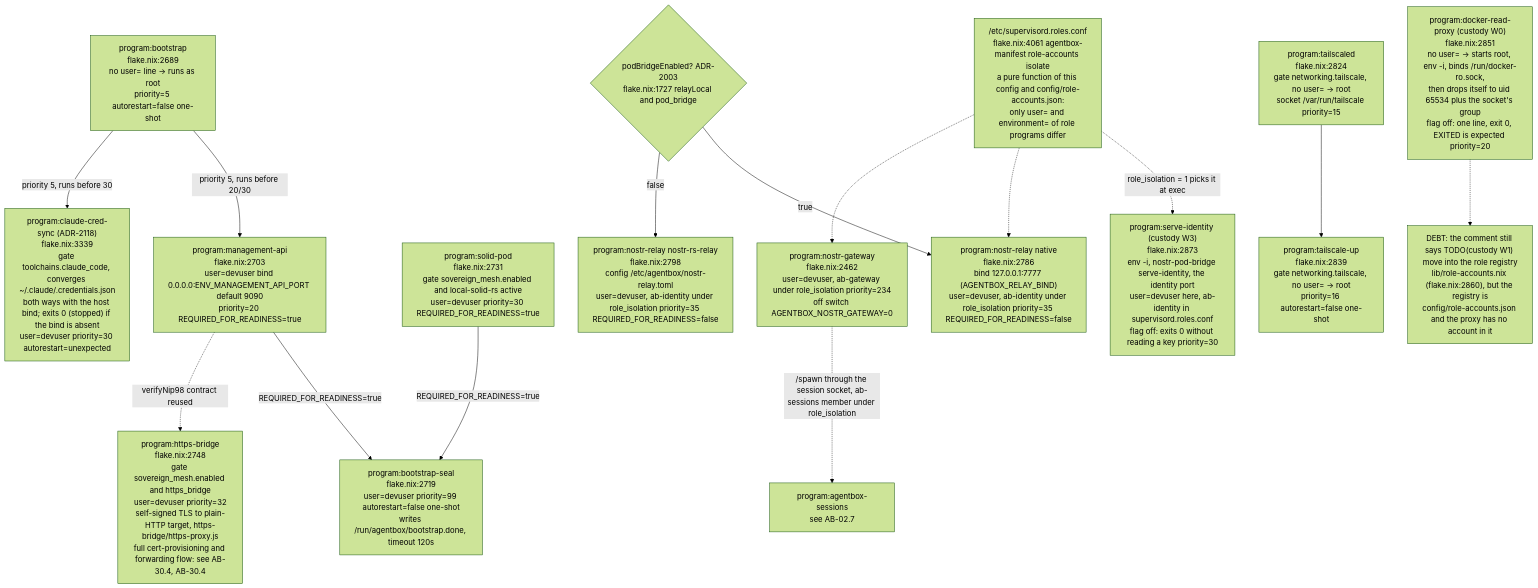
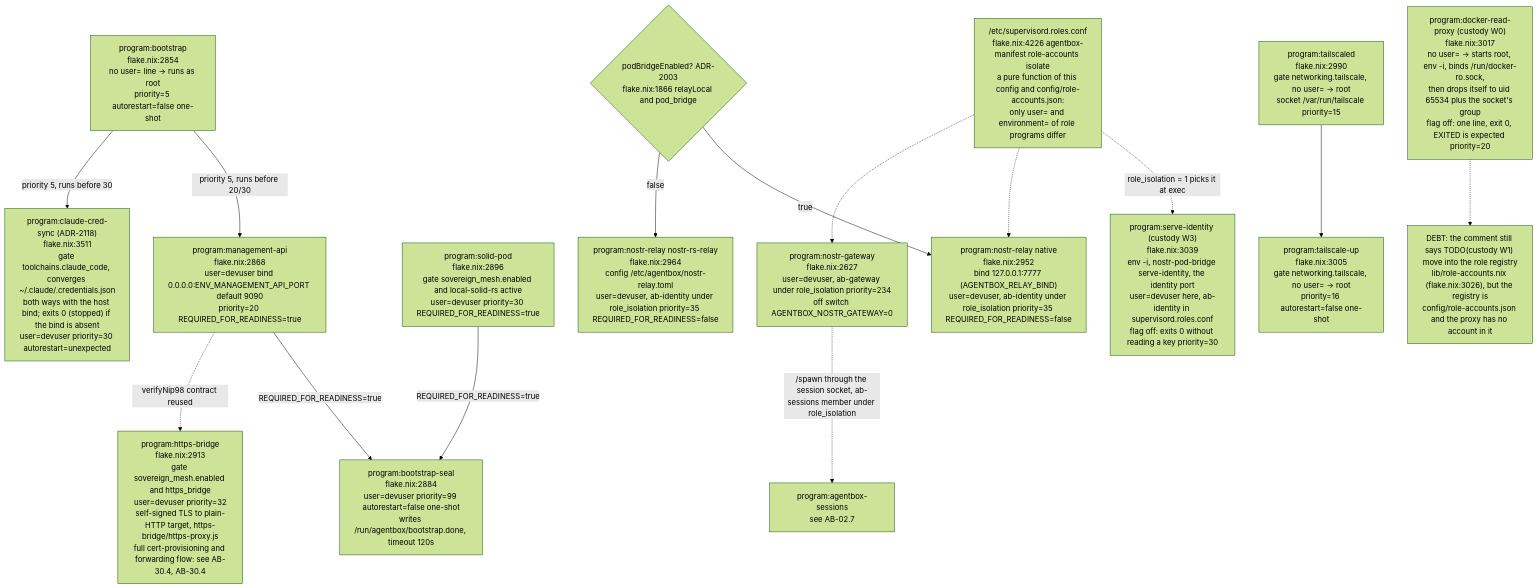
One commit to DreamLab-AI/VisionFlow changed the fourth of 21 diagrams in docs/diagrams/agentbox/02-boot-sequence-and-readiness.md. Above: the diagram before and after it, drawn with Mermaid (forest theme). The commit also changed other lines of this file and 6 other files, not shown here.

First line of the commit message:
docs: align native session and ingress diagrams (#39)

````diff
--- a/docs/diagrams/agentbox/02-boot-sequence-and-readiness.md
+++ b/docs/diagrams/agentbox/02-boot-sequence-and-readiness.md
@@ -274,32 +277,32 @@
 ```mermaid
 flowchart TB
-    BOOT["program:bootstrap<br/>flake.nix:2689<br/>no user= line -&gt; runs as root<br/>priority=5 autorestart=false one-shot"]
-    MGMT["program:management-api<br/>flake.nix:2703<br/>user=devuser bind 0.0.0.0:ENV_MANAGEMENT_API_PORT default 9090<br/>priority=20 REQUIRED_FOR_READINESS=true"]
-    CRED["program:claude-cred-sync (ADR-2118)<br/>flake.nix:3339<br/>gate toolchains.claude_code, converges ~/.claude/.credentials.json<br/>both ways with the host bind; exits 0 (stopped) if the bind is absent<br/>user=devuser priority=30 autorestart=unexpected"]
-    SEAL["program:bootstrap-seal<br/>flake.nix:2719<br/>user=devuser priority=99 autorestart=false one-shot<br/>writes /run/agentbox/bootstrap.done, timeout 120s"]
-    SOLID["program:solid-pod<br/>flake.nix:2731<br/>gate sovereign_mesh.enabled and local-solid-rs active<br/>user=devuser priority=30 REQUIRED_FOR_READINESS=true"]
-    HTTPSB["program:https-bridge<br/>flake.nix:2748<br/>gate sovereign_mesh.enabled and https_bridge<br/>user=devuser priority=32<br/>self-signed TLS to plain-HTTP target, https-bridge/https-proxy.js<br/>full cert-provisioning and forwarding flow: see AB-30.4, AB-30.4"]
-    GATERELAY{"podBridgeEnabled? ADR-2003<br/>flake.nix:1727 relayLocal and pod_bridge"}
-    NRELAY1["program:nostr-relay native<br/>flake.nix:2786<br/>bind 127.0.0.1:7777 (AGENTBOX_RELAY_BIND)<br/>user=devuser, ab-identity under role_isolation priority=35 REQUIRED_FOR_READINESS=false"]
-    NRELAY2["program:nostr-relay nostr-rs-relay<br/>flake.nix:2798<br/>config /etc/agentbox/nostr-relay.toml<br/>user=devuser, ab-identity under role_isolation priority=35 REQUIRED_FOR_READINESS=false"]
-    NGW["program:nostr-gateway<br/>flake.nix:2462<br/>user=devuser, ab-gateway under role_isolation priority=234<br/>off switch AGENTBOX_NOSTR_GATEWAY=0"]
-    DRP["program:docker-read-proxy (custody W0)<br/>flake.nix:2851<br/>no user= -&gt; starts root, env -i, binds /run/docker-ro.sock,<br/>then drops itself to uid 65534 plus the socket's group<br/>flag off: one line, exit 0, EXITED is expected priority=20"]
-    SID["program:serve-identity (custody W3)<br/>flake.nix:2873<br/>env -i, nostr-pod-bridge serve-identity, the identity port<br/>user=devuser here, ab-identity in supervisord.roles.conf<br/>flag off: exits 0 without reading a key priority=30"]
-    ISO["/etc/supervisord.roles.conf<br/>flake.nix:4061 agentbox-manifest role-accounts isolate<br/>a pure function of this config and config/role-accounts.json:<br/>only user= and environment= of role programs differ"]
-    TSD["program:tailscaled<br/>flake.nix:2824<br/>gate networking.tailscale, no user= -&gt; root<br/>socket /var/run/tailscale priority=15"]
-    TSU["program:tailscale-up<br/>flake.nix:2839<br/>gate networking.tailscale, no user= -&gt; root<br/>priority=16 autorestart=false one-shot"]
+    BOOT["program:bootstrap<br/>flake.nix:2854<br/>no user= line -&gt; runs as root<br/>priority=5 autorestart=false one-shot"]
+    MGMT["program:management-api<br/>flake.nix:2868<br/>user=devuser bind 0.0.0.0:ENV_MANAGEMENT_API_PORT default 9090<br/>priority=20 REQUIRED_FOR_READINESS=true"]
+    CRED["program:claude-cred-sync (ADR-2118)<br/>flake.nix:3511<br/>gate toolchains.claude_code, converges ~/.claude/.credentials.json<br/>both ways with the host bind; exits 0 (stopped) if the bind is absent<br/>user=devuser priority=30 autorestart=unexpected"]
+    SEAL["program:bootstrap-seal<br/>flake.nix:2884<br/>user=devuser priority=99 autorestart=false one-shot<br/>writes /run/agentbox/bootstrap.done, timeout 120s"]
+    SOLID["program:solid-pod<br/>flake.nix:2896<br/>gate sovereign_mesh.enabled and local-solid-rs active<br/>user=devuser priority=30 REQUIRED_FOR_READINESS=true"]
+    HTTPSB["program:https-bridge<br/>flake.nix:2913<br/>gate sovereign_mesh.enabled and https_bridge<br/>user=devuser priority=32<br/>self-signed TLS to plain-HTTP target, https-bridge/https-proxy.js<br/>full cert-provisioning and forwarding flow: see AB-30.4, AB-30.4"]
+    GATERELAY{"podBridgeEnabled? ADR-2003<br/>flake.nix:1866 relayLocal and pod_bridge"}
+    NRELAY1["program:nostr-relay native<br/>flake.nix:2952<br/>bind 127.0.0.1:7777 (AGENTBOX_RELAY_BIND)<br/>user=devuser, ab-identity under role_isolation priority=35 REQUIRED_FOR_READINESS=false"]
+    NRELAY2["program:nostr-relay nostr-rs-relay<br/>flake.nix:2964<br/>config /etc/agentbox/nostr-relay.toml<br/>user=devuser, ab-identity under role_isolation priority=35 REQUIRED_FOR_READINESS=false"]
+    NGW["program:nostr-gateway<br/>flake.nix:2627<br/>user=devuser, ab-gateway under role_isolation priority=234<br/>off switch AGENTBOX_NOSTR_GATEWAY=0"]
+    DRP["program:docker-read-proxy (custody W0)<br/>flake.nix:3017<br/>no user= -&gt; starts root, env -i, binds /run/docker-ro.sock,<br/>then drops itself to uid 65534 plus the socket's group<br/>flag off: one line, exit 0, EXITED is expected priority=20"]
+    SID["program:serve-identity (custody W3)<br/>flake.nix:3039<br/>env -i, nostr-pod-bridge serve-identity, the identity port<br/>user=devuser here, ab-identity in supervisord.roles.conf<br/>flag off: exits 0 without reading a key priority=30"]
+    ISO["/etc/supervisord.roles.conf<br/>flake.nix:4226 agentbox-manifest role-accounts isolate<br/>a pure function of this config and config/role-accounts.json:<br/>only user= and environment= of role programs differ"]
+    TSD["program:tailscaled<br/>flake.nix:2990<br/>gate networking.tailscale, no user= -&gt; root<br/>socket /var/run/tailscale priority=15"]
+    TSU["program:tailscale-up<br/>flake.nix:3005<br/>gate networking.tailscale, no user= -&gt; root<br/>priority=16 autorestart=false one-shot"]
 
     BOOT -->|"priority 5, runs before 20/30"| MGMT
     BOOT -->|"priority 5, runs before 30"| CRED
     MGMT -->|"REQUIRED_FOR_READINESS=true"| SEAL
     SOLID -->|"REQUIRED_FOR_READINESS=true"| SEAL
     GATERELAY -->|true| NRELAY1
     GATERELAY -->|false| NRELAY2
     MGMT -.->|"verifyNip98 contract reused"| HTTPSB
     TSD --> TSU
     NGW -.->|"/spawn through the session socket, ab-sessions member under role_isolation"| SESSREF["program:agentbox-sessions<br/>see AB-02.7"]
     ISO -.->|"role_isolation = 1 picks it at exec"| SID
     ISO -.-> NRELAY1
     ISO -.-> NGW
-    DRP -.-> N1["DEBT: the comment still says TODO(custody W1) move into the role registry<br/>lib/role-accounts.nix (flake.nix:2860), but the registry is<br/>config/role-accounts.json and the proxy has no account in it"]
+    DRP -.-> N1["DEBT: the comment still says TODO(custody W1) move into the role registry<br/>lib/role-accounts.nix (flake.nix:3026), but the registry is<br/>config/role-accounts.json and the proxy has no account in it"]
 ```
````
